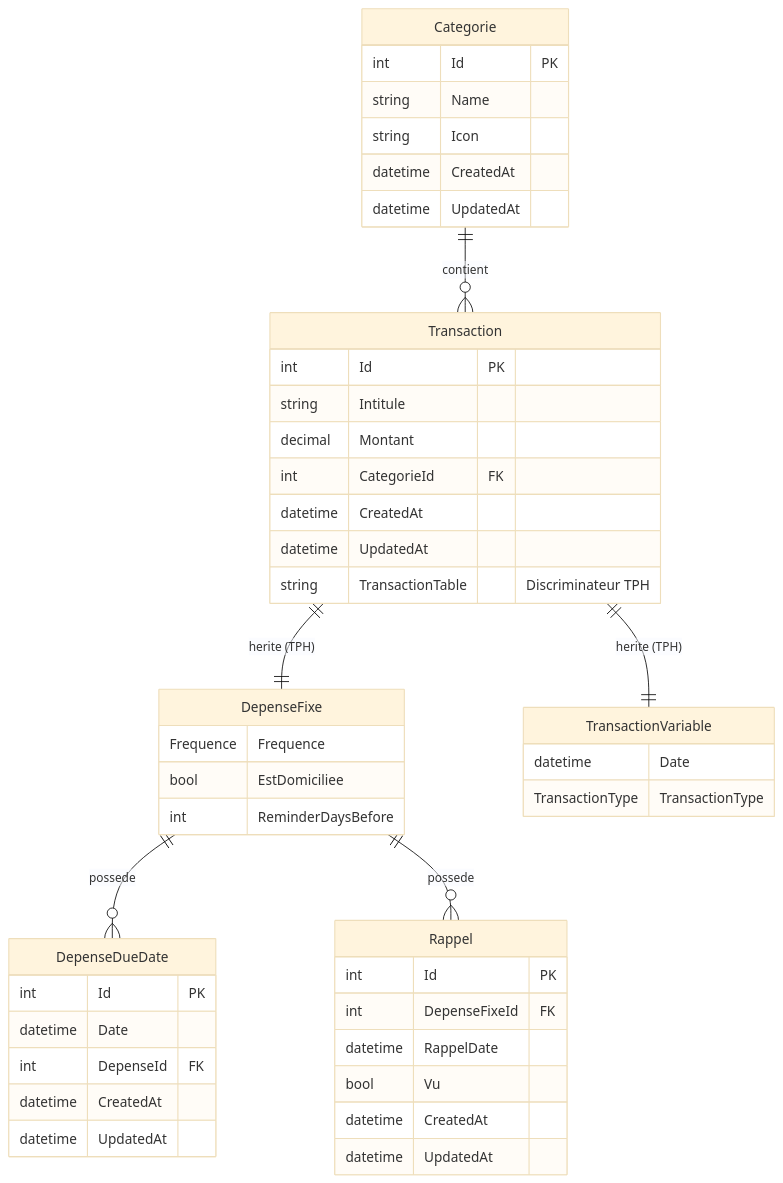
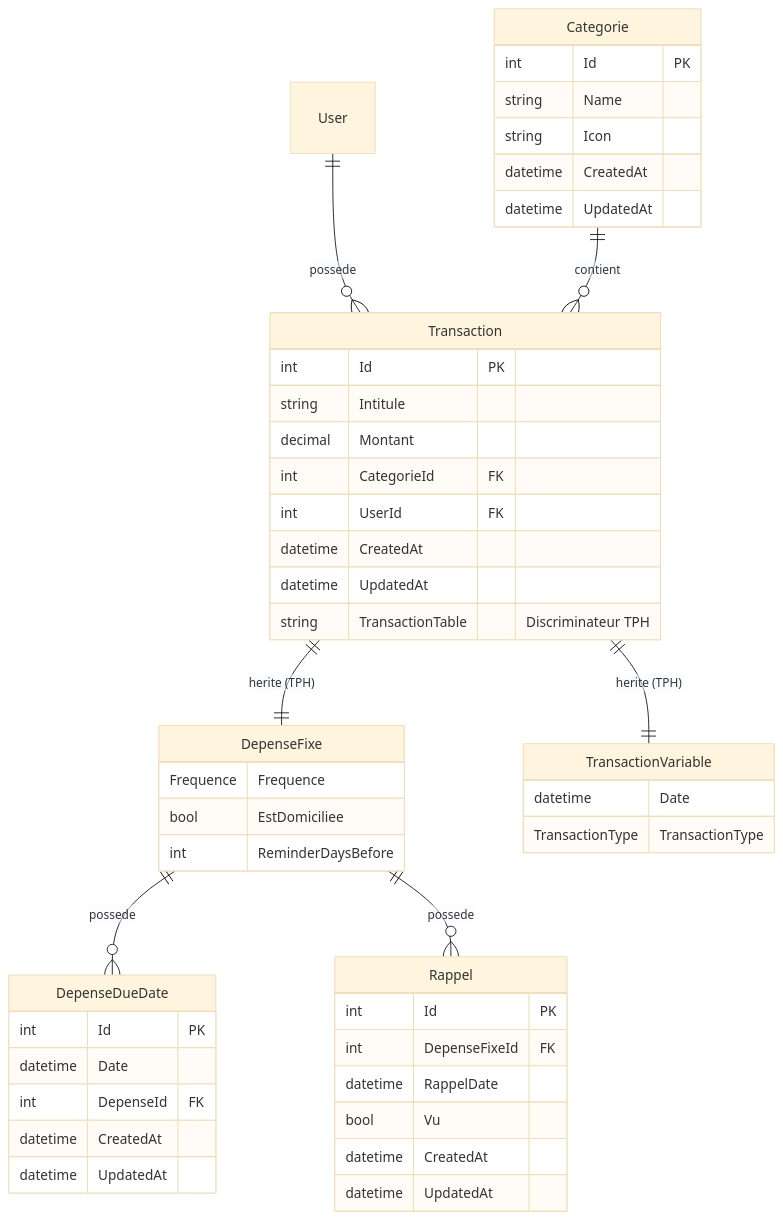
One commit to Petch91/BudgetApp changed the diagram in ObsidianDocs/01-Projets/BudgetApp/README.md. Above: the diagram before and after it, drawn with Mermaid (base theme). The commit also changed other lines of this file and 9 other files, not shown here.

````diff
--- a/ObsidianDocs/01-Projets/BudgetApp/README.md
+++ b/ObsidianDocs/01-Projets/BudgetApp/README.md
@@ -106,54 +106,56 @@
 ```mermaid
 erDiagram
+    User ||--o{ Transaction : possede
     Categorie ||--o{ Transaction : contient
     Transaction ||--|| DepenseFixe : "herite (TPH)"
     Transaction ||--|| TransactionVariable : "herite (TPH)"
     DepenseFixe ||--o{ DepenseDueDate : possede
     DepenseFixe ||--o{ Rappel : possede
 
     Categorie {
         int Id PK
         string Name
         string Icon
         datetime CreatedAt
         datetime UpdatedAt
     }
 
     Transaction {
         int Id PK
         string Intitule
         decimal Montant
         int CategorieId FK
+        int UserId FK
         datetime CreatedAt
         datetime UpdatedAt
         string TransactionTable "Discriminateur TPH"
     }
 
     DepenseFixe {
         Frequence Frequence
         bool EstDomiciliee
         int ReminderDaysBefore
     }
 
     TransactionVariable {
         datetime Date
         TransactionType TransactionType
     }
 
     DepenseDueDate {
         int Id PK
         datetime Date
         int DepenseId FK
         datetime CreatedAt
         datetime UpdatedAt
     }
 
     Rappel {
         int Id PK
         int DepenseFixeId FK
         datetime RappelDate
         bool Vu
         datetime CreatedAt
         datetime UpdatedAt
     }
 ```
````
